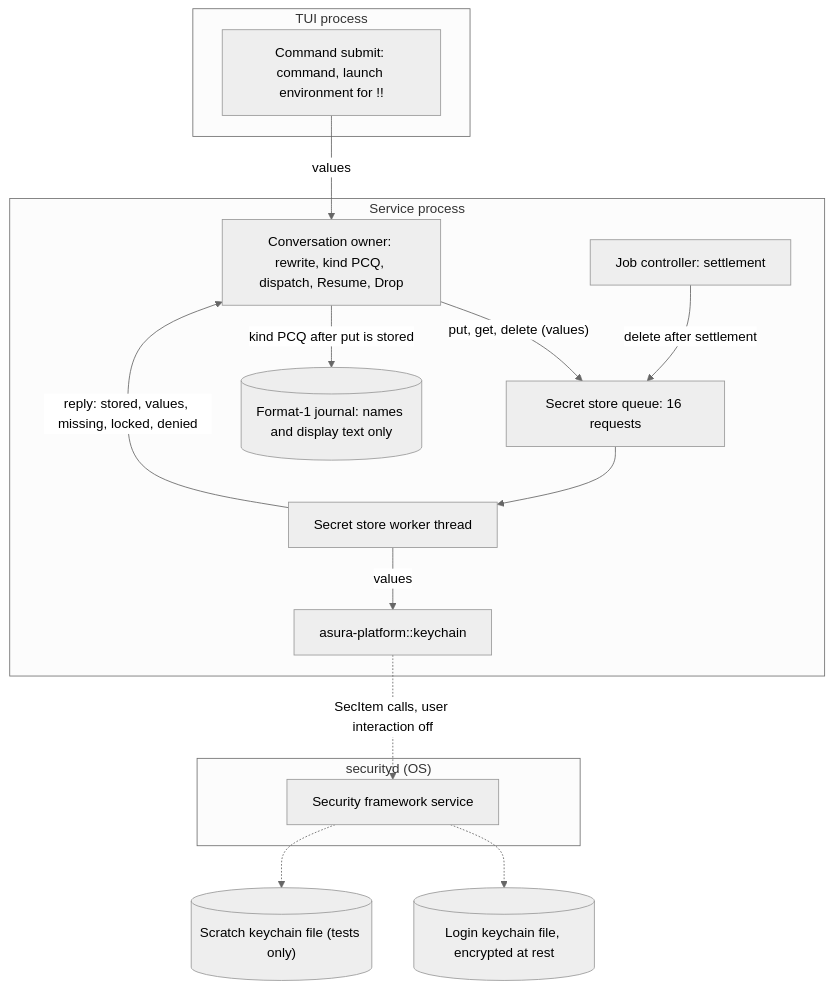
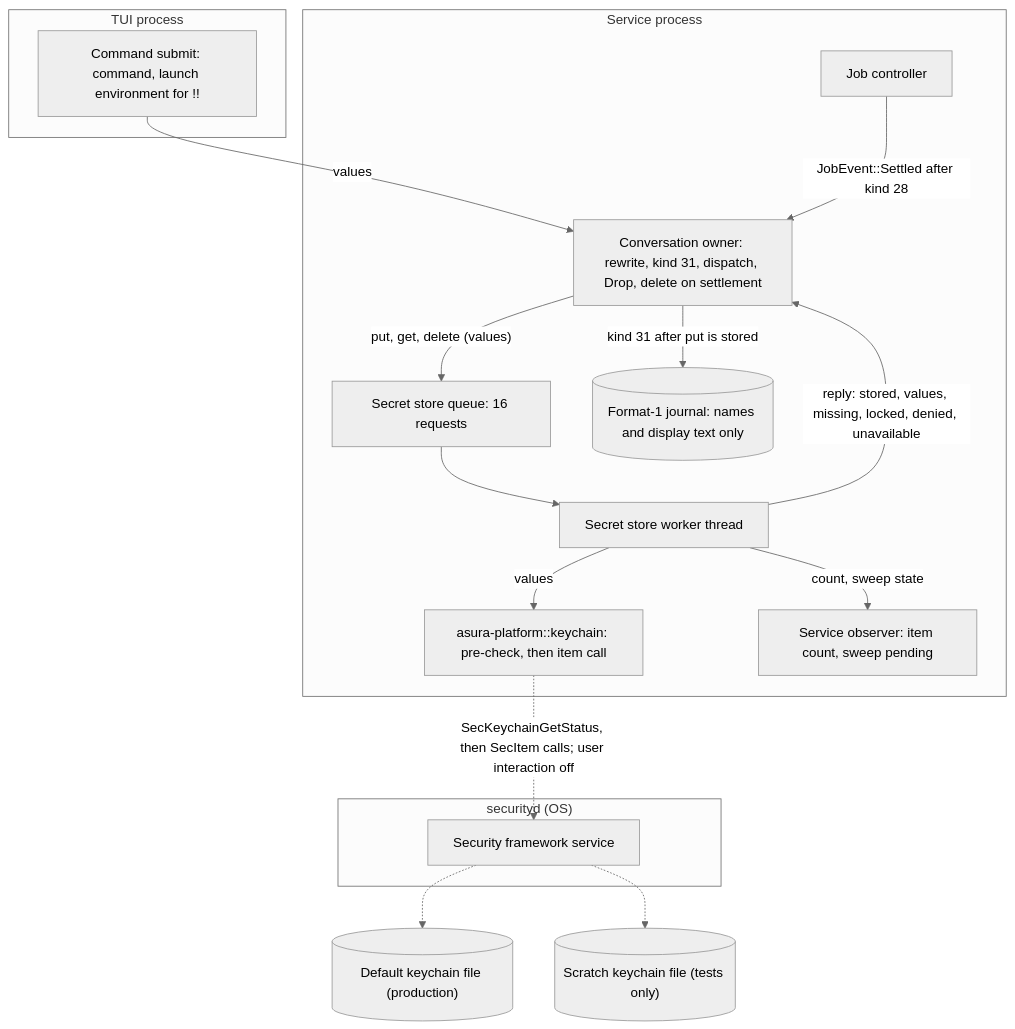
One commit to pidster/asura changed the first of 4 diagrams in docs/designs/secret-store.md. Above: the diagram before and after it, drawn with Mermaid (neutral theme). The commit also changed other lines of this file and 14 other files, not shown here.

````diff
--- a/docs/designs/secret-store.md
+++ b/docs/designs/secret-store.md
@@ -97,29 +136,31 @@
 ```mermaid
 flowchart TB
     subgraph TUIP["TUI process"]
         Sub["Command submit: command, launch environment for !!"]
     end
     subgraph SVC["Service process"]
-        Own["Conversation owner: rewrite, kind PCQ, dispatch, Resume, Drop"]
+        Own["Conversation owner: rewrite, kind 31, dispatch, Drop, delete on settlement"]
+        Ctl["Job controller"]
         Q["Secret store queue: 16 requests"]
         W["Secret store worker thread"]
-        KC["asura-platform::keychain"]
-        Ctl["Job controller: settlement"]
+        KC["asura-platform::keychain: pre-check, then item call"]
+        Obs["Service observer: item count, sweep pending"]
         J[("Format-1 journal: names and display text only")]
     end
     subgraph SD["securityd (OS)"]
         Sec["Security framework service"]
     end
-    LK[("Login keychain file, encrypted at rest")]
+    LK[("Default keychain file (production)")]
     SK[("Scratch keychain file (tests only)")]
     Sub -->|"values"| Own
     Own -->|"put, get, delete (values)"| Q
-    Ctl -->|"delete after settlement"| Q
+    Ctl -->|"JobEvent::Settled after kind 28"| Own
     Q --> W
     W -->|"values"| KC
-    KC -.->|"SecItem calls, user interaction off"| Sec
+    KC -.->|"SecKeychainGetStatus, then SecItem calls; user interaction off"| Sec
     Sec -.-> LK
     Sec -.-> SK
-    W -->|"reply: stored, values, missing, locked, denied"| Own
-    Own -->|"kind PCQ after put is stored"| J
+    W -->|"reply: stored, values, missing, locked, denied, unavailable"| Own
+    W -->|"count, sweep state"| Obs
+    Own -->|"kind 31 after put is stored"| J
 ```
````
